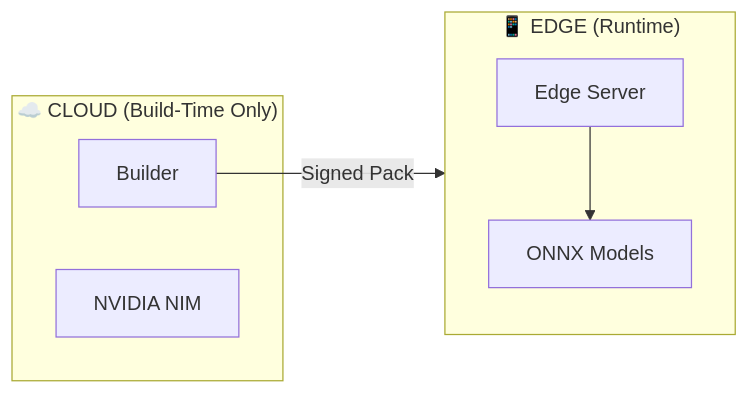
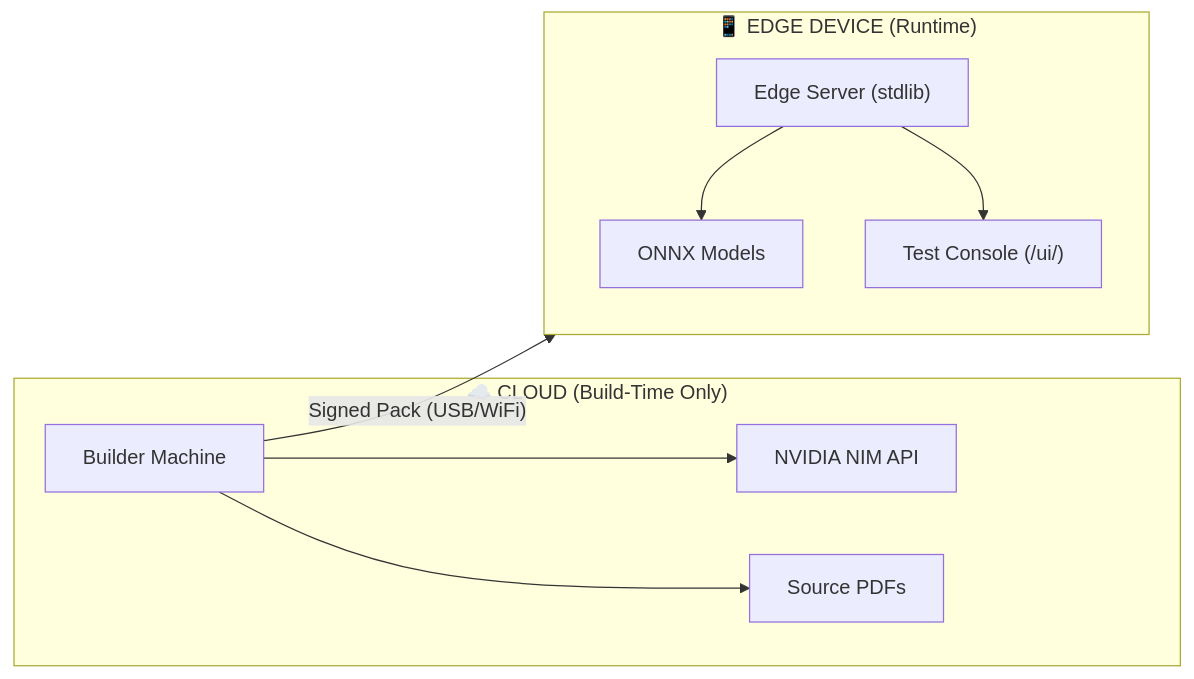
The diagram in README.md (sai009/CMES-AI), drawn with Mermaid before and after one commit. The commit also changed other lines of this file, not shown here.

````diff
--- a/README.md
+++ b/README.md
@@ -19,15 +89,20 @@
 ```mermaid
 flowchart LR
     subgraph CLOUD["☁️ CLOUD (Build-Time Only)"]
-        BUILDER["Builder"]
-        NIM["NVIDIA NIM"]
+        BUILDER["Builder Machine"]
+        NIM["NVIDIA NIM API"]
+        PDF["Source PDFs"]
+        BUILDER --> PDF
+        BUILDER --> NIM
     end
 
-    subgraph EDGE["📱 EDGE (Runtime)"]
-        SERVER["Edge Server"]
+    subgraph EDGE["📱 EDGE DEVICE (Runtime)"]
+        SERVER["Edge Server (stdlib)"]
         ONNX["ONNX Models"]
+        UI["Test Console (/ui/)"]
+        SERVER --> ONNX
+        SERVER --> UI
     end
 
-    BUILDER -->|"Signed Pack"| EDGE
-    SERVER --> ONNX
+    BUILDER -->|"Signed Pack (USB/WiFi)"| EDGE
 ```
````
